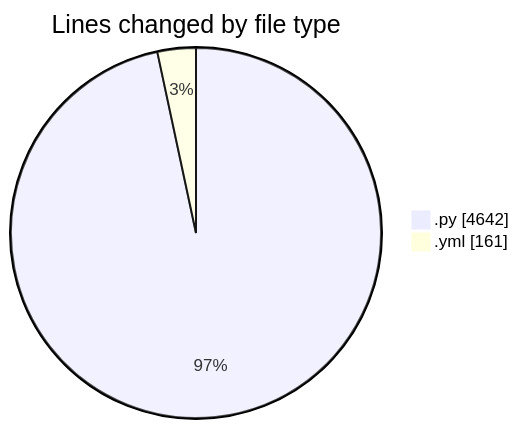
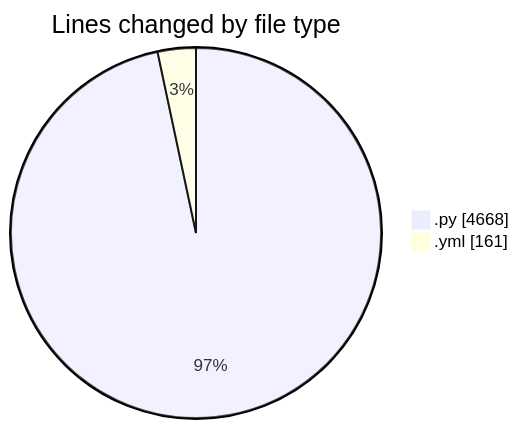
One commit to julien-gomy/code-tracking changed the first of 2 diagrams in 2025-10-15/eventscop-api-guide__workspace_/README.md. Above: the diagram before and after it, drawn with Mermaid. The commit also changed other lines of this file and 1 other file, not shown here.

````diff
--- a/2025-10-15/eventscop-api-guide__workspace_/README.md
+++ b/2025-10-15/eventscop-api-guide__workspace_/README.md
@@ -30,6 +30,6 @@
 ```mermaid
 pie showData
 title Lines changed by file type
-".py" : 4642
+".py" : 4668
 ".yml" : 161
 ```
````
